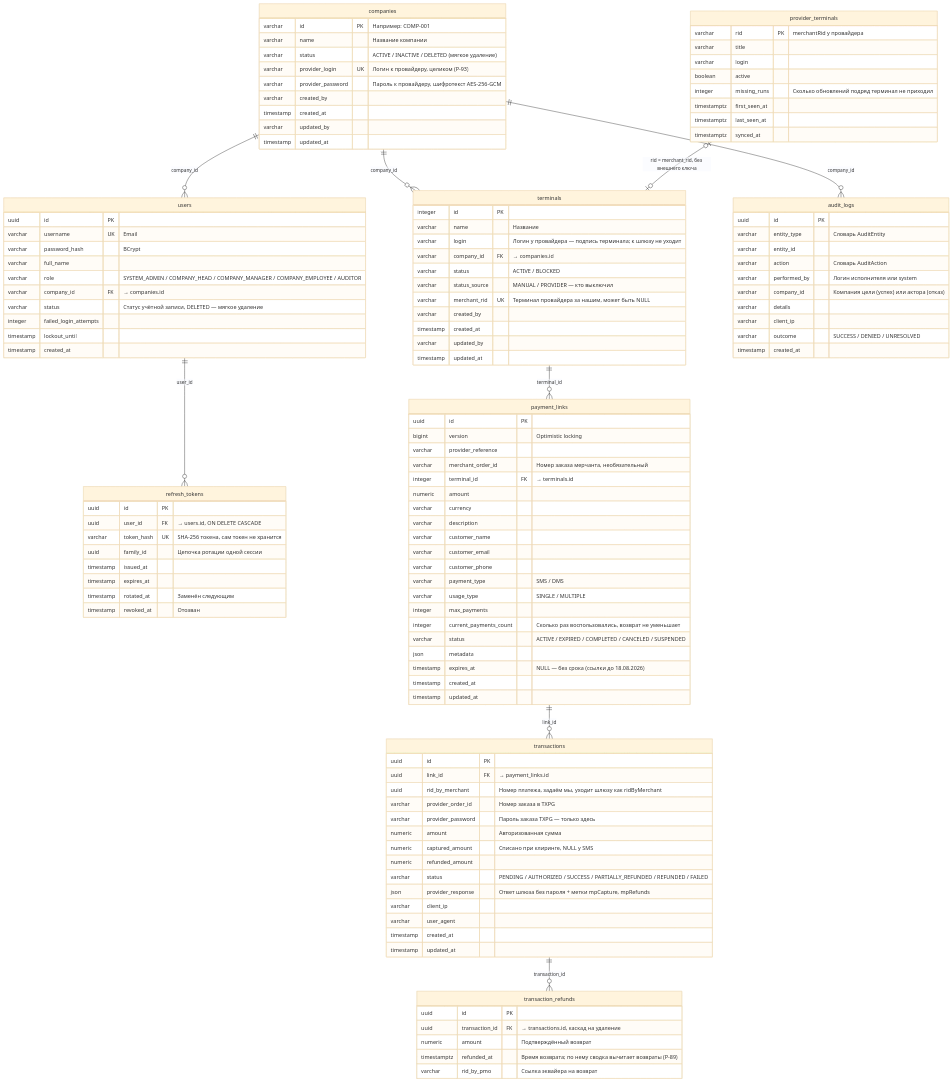
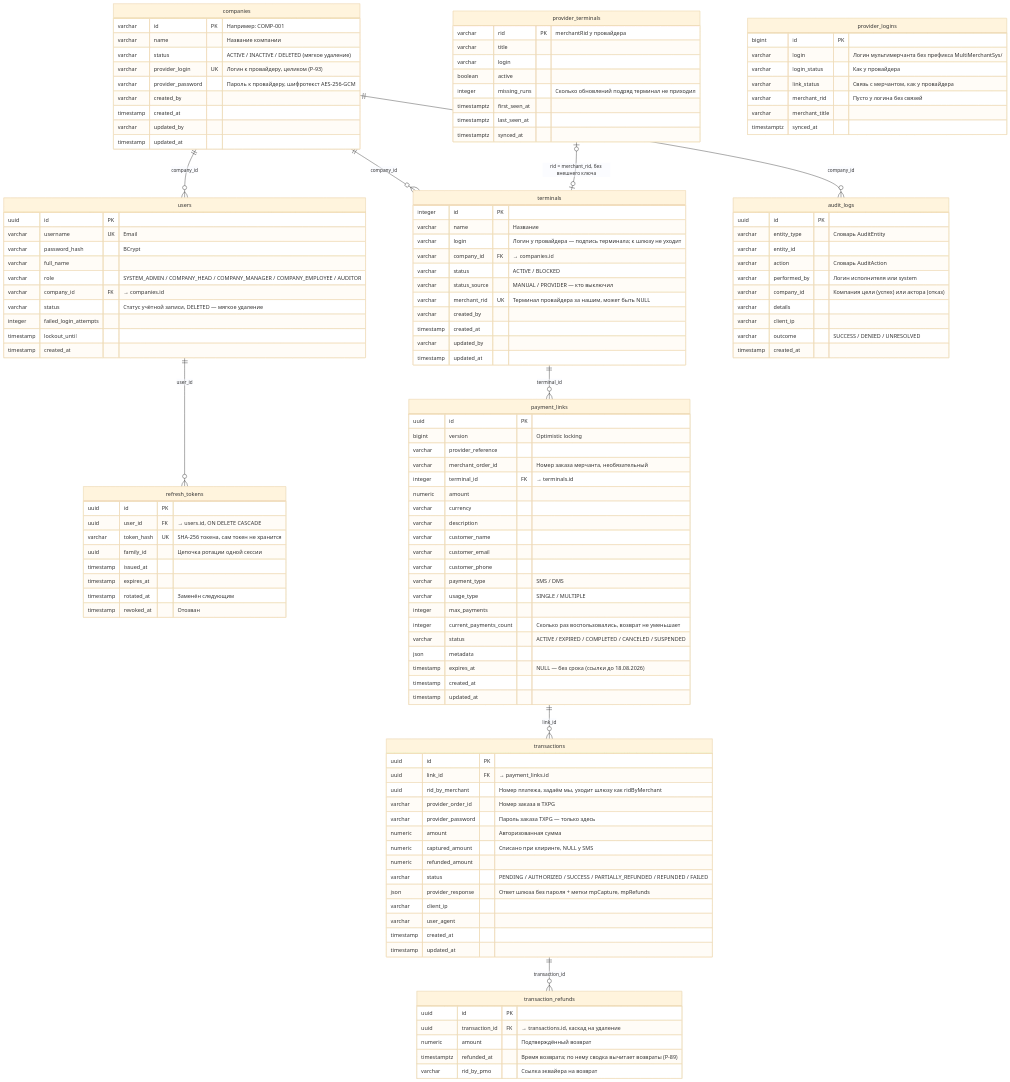
The second of 4 diagrams in project_docs/application_description.md (Gaena/merchant-portal-mk), drawn with Mermaid (base theme) before and after one commit. The commit also changed other lines of this file and 31 other files, not shown here.

First line of the commit message:
directory: company login checked against the provider's multimerchant logins (Р-94)

```diff
--- a/project_docs/application_description.md
+++ b/project_docs/application_description.md
@@ -253,6 +253,16 @@
         timestamptz synced_at
     }
 
+    provider_logins {
+        bigint id PK
+        varchar login "Логин мультимерчанта без префикса MultiMerchantSys/"
+        varchar login_status "Как у провайдера"
+        varchar link_status "Связь с мерчантом, как у провайдера"
+        varchar merchant_rid "Пусто у логина без связей"
+        varchar merchant_title
+        timestamptz synced_at
+    }
+
     audit_logs {
         uuid id PK
         varchar entity_type "Словарь AuditEntity"
```
